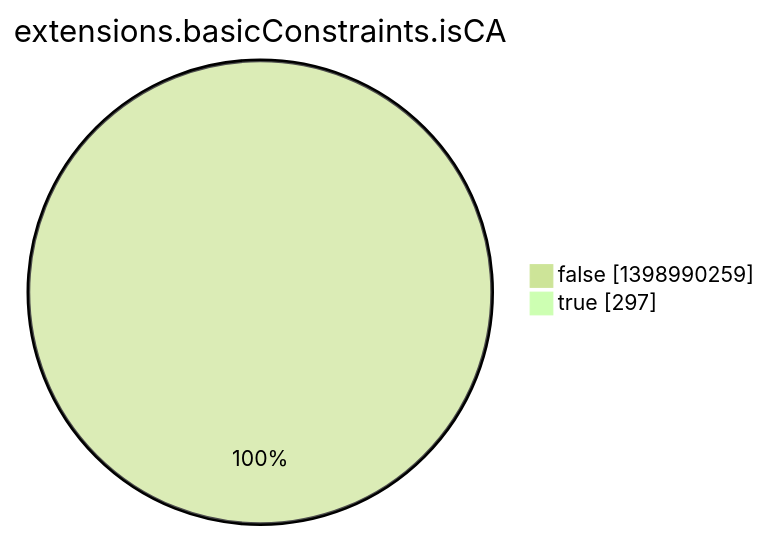
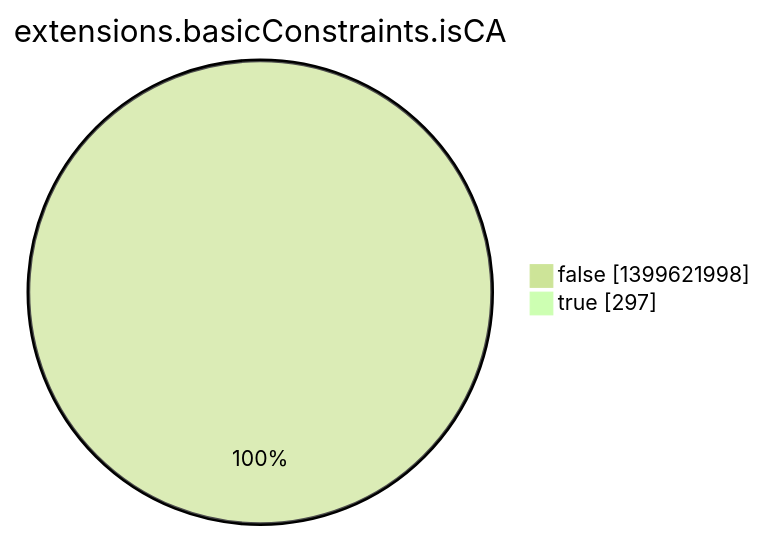
One commit to christiankrug/ctmonitor_visualization changed the eighth of 15 diagrams in argon2022/README.md. Above: the diagram before and after it, drawn with Mermaid (forest theme). The commit also changed other lines of this file, not shown here.

````diff
--- a/argon2022/README.md
+++ b/argon2022/README.md
@@ -2759,6 +2759,6 @@
 ```mermaid
 pie showData
 title extensions.basicConstraints.isCA
-"false" :1398990259
+"false" :1399621998
 "true" :297
 ```
````
